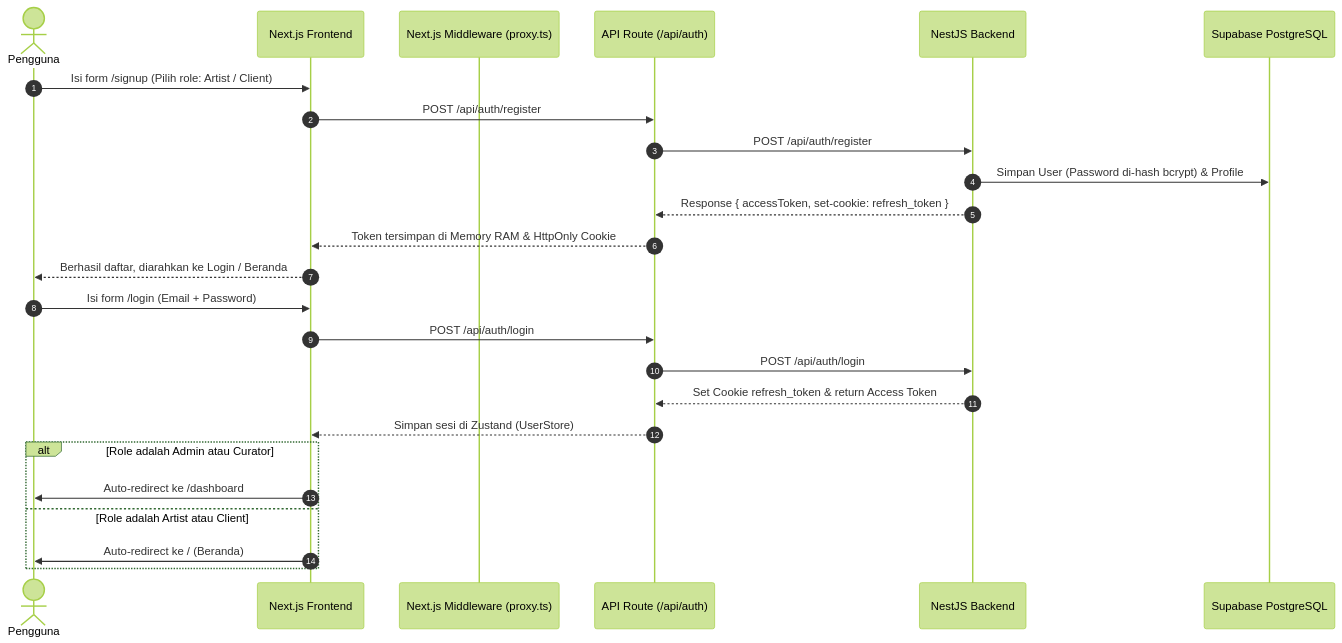
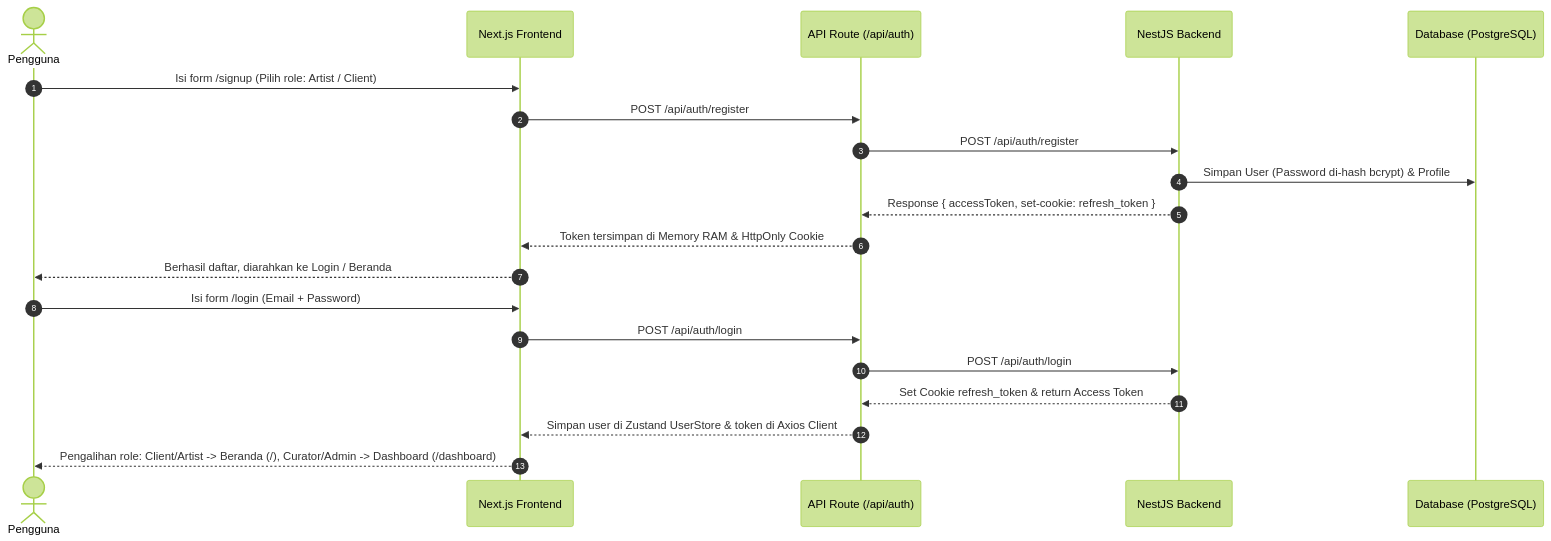
One commit to Revou-FSSE-Feb26/crack-fe-Diba15 changed the second of 4 diagrams in docs/BUSINESS_PROCESS.md. Above: the diagram before and after it, drawn with Mermaid (forest theme). The commit also changed other lines of this file and 1 other file, not shown here.

````diff
--- a/docs/BUSINESS_PROCESS.md
+++ b/docs/BUSINESS_PROCESS.md
@@ -79,29 +85,24 @@
 ```mermaid
 sequenceDiagram
     autonumber
     actor User as Pengguna
     participant FE as Next.js Frontend
-    participant Proxy as Next.js Middleware (proxy.ts)
     participant BFF as API Route (/api/auth)
     participant BE as NestJS Backend
-    participant DB as Supabase PostgreSQL
+    participant DB as Database (PostgreSQL)
 
     User->>FE: Isi form /signup (Pilih role: Artist / Client)
     FE->>BFF: POST /api/auth/register
     BFF->>BE: POST /api/auth/register
     BE->>DB: Simpan User (Password di-hash bcrypt) & Profile
     BE-->>BFF: Response { accessToken, set-cookie: refresh_token }
     BFF-->>FE: Token tersimpan di Memory RAM & HttpOnly Cookie
     FE-->>User: Berhasil daftar, diarahkan ke Login / Beranda
 
     User->>FE: Isi form /login (Email + Password)
     FE->>BFF: POST /api/auth/login
     BFF->>BE: POST /api/auth/login
     BE-->>BFF: Set Cookie refresh_token & return Access Token
-    BFF-->>FE: Simpan sesi di Zustand (UserStore)
-    alt Role adalah Admin atau Curator
-        FE->>User: Auto-redirect ke /dashboard
-    else Role adalah Artist atau Client
-        FE->>User: Auto-redirect ke / (Beranda)
-    end
+    BFF-->>FE: Simpan user di Zustand UserStore & token di Axios Client
+    FE-->>User: Pengalihan role: Client/Artist -> Beranda (/), Curator/Admin -> Dashboard (/dashboard)
 ```
````
